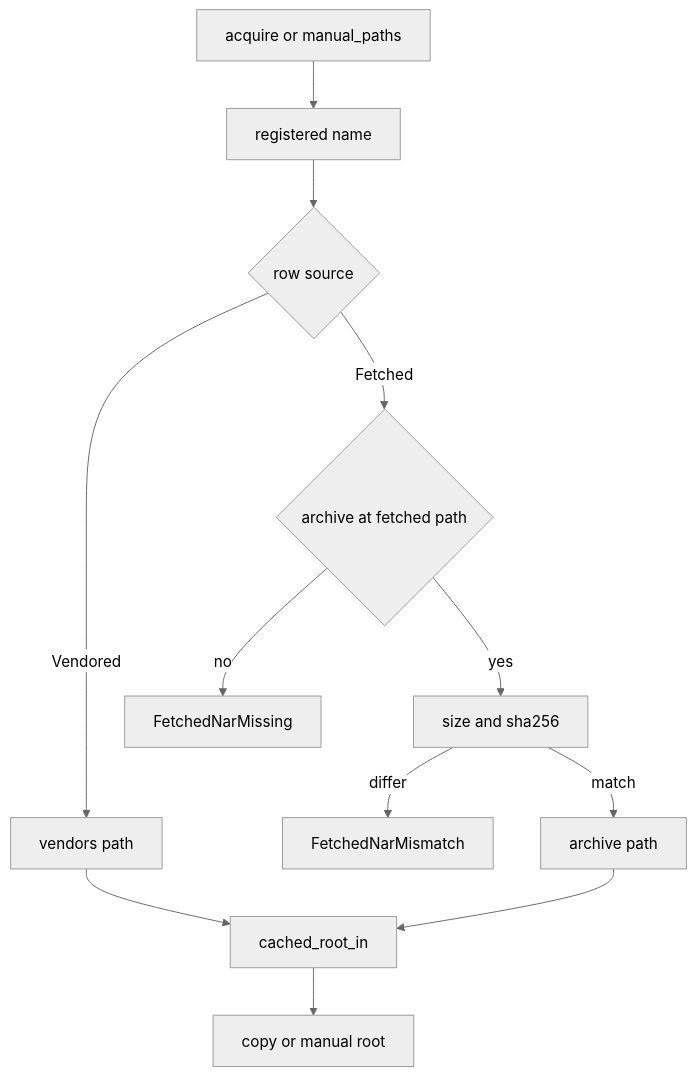
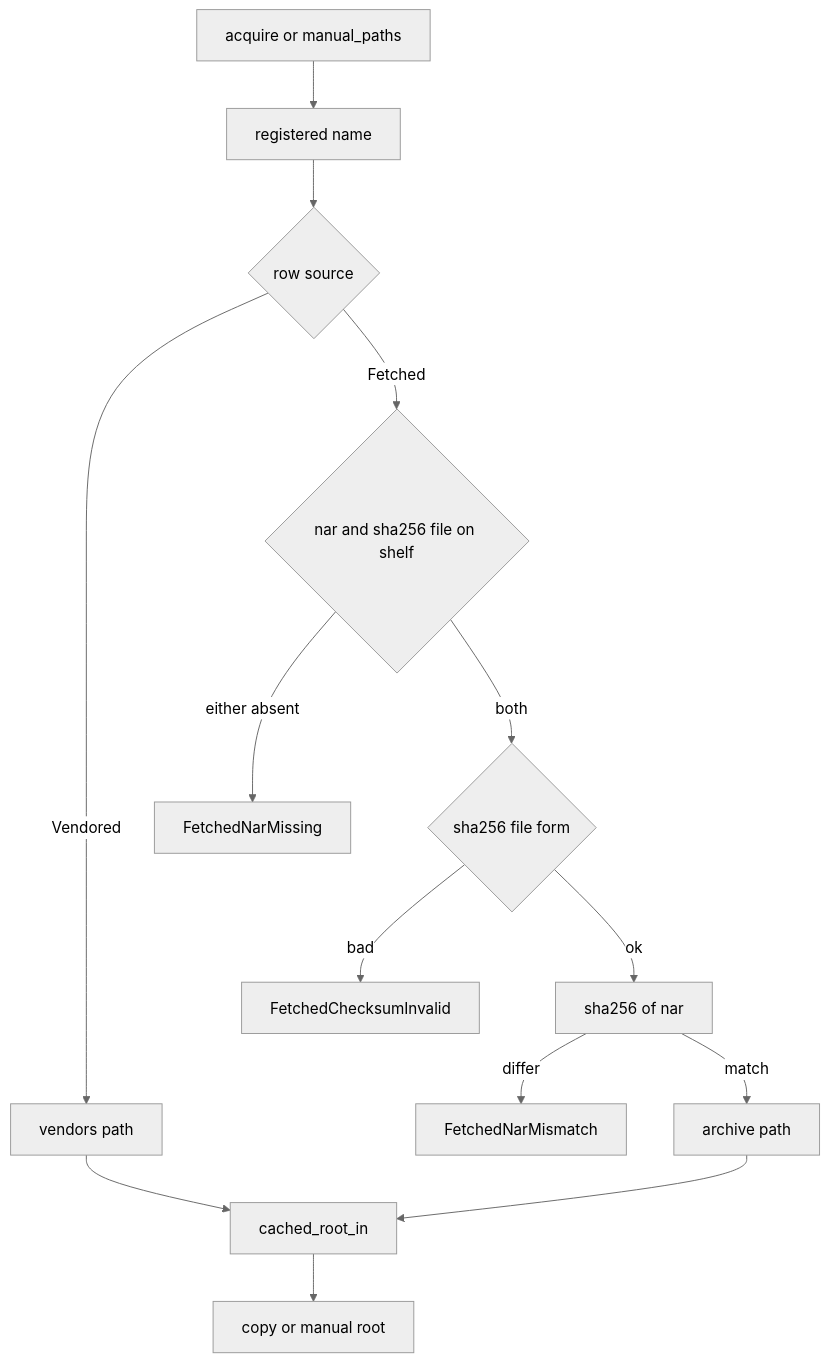
The second of 3 diagrams in .kiro/specs/areka-P0-sample-url-fetch/design.md (ekicyou/areka), drawn with Mermaid (neutral theme) before and after one commit. The commit also changed other lines of this file and 2 other files, not shown here.

Commit message:
docs(areka-P0-sample-url-fetch): verify against the published .sha256 and follow the latest archive (ruling 2)

````diff
--- a/.kiro/specs/areka-P0-sample-url-fetch/design.md
+++ b/.kiro/specs/areka-P0-sample-url-fetch/design.md
@@ -151,14 +152,16 @@
 ```mermaid
 flowchart TD
     Start[acquire or manual_paths] --> Lookup[registered name]
     Lookup --> Kind{row source}
     Kind -->|Vendored| Vendor[vendors path]
-    Kind -->|Fetched| Exists{archive at fetched path}
-    Exists -->|no| Missing[FetchedNarMissing]
-    Exists -->|yes| Check[size and sha256]
+    Kind -->|Fetched| Exists{nar and sha256 file on shelf}
+    Exists -->|either absent| Missing[FetchedNarMissing]
+    Exists -->|both| Parse{sha256 file form}
+    Parse -->|bad| Invalid[FetchedChecksumInvalid]
+    Parse -->|ok| Check[sha256 of nar]
     Check -->|differ| Mismatch[FetchedNarMismatch]
     Check -->|match| Path[archive path]
     Vendor --> Cached[cached_root_in]
     Path --> Cached
     Cached --> Copy[copy or manual root]
 ```
````
